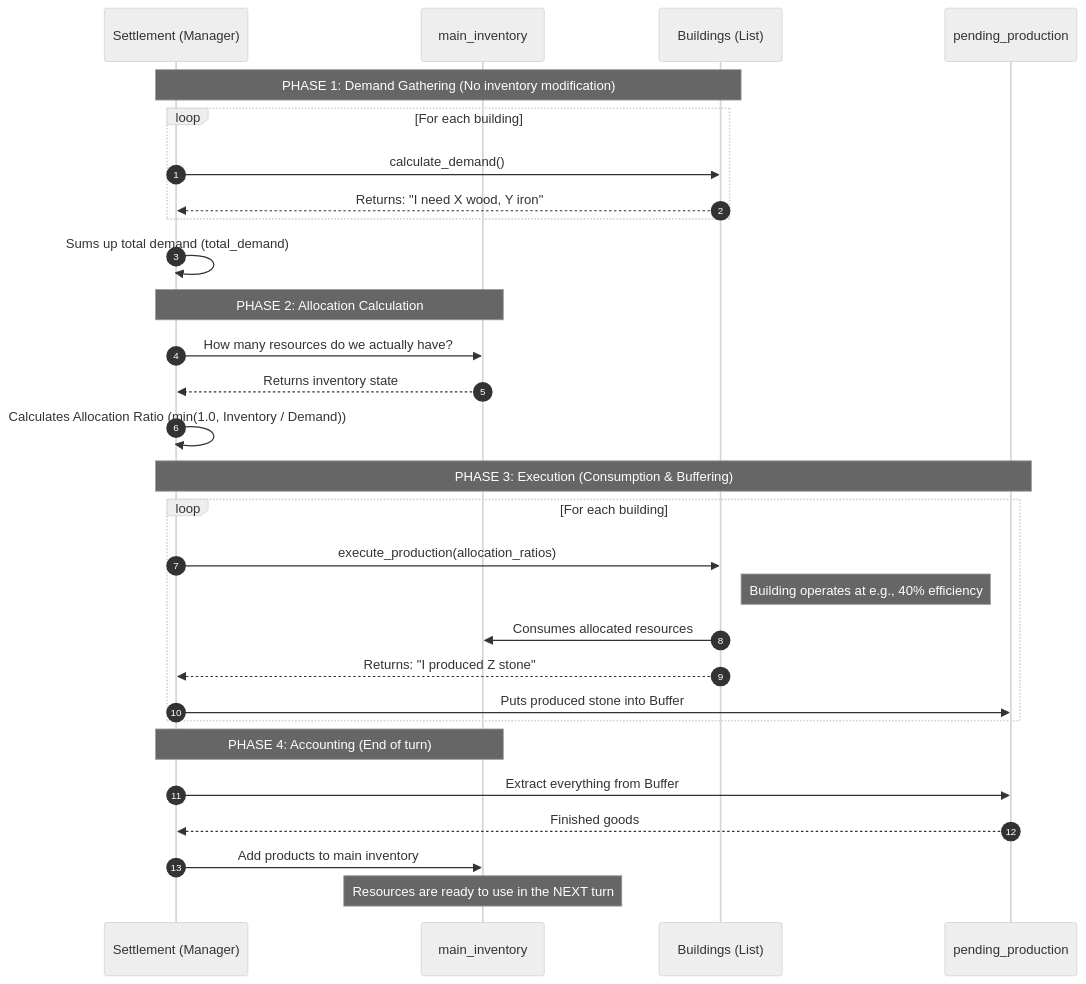
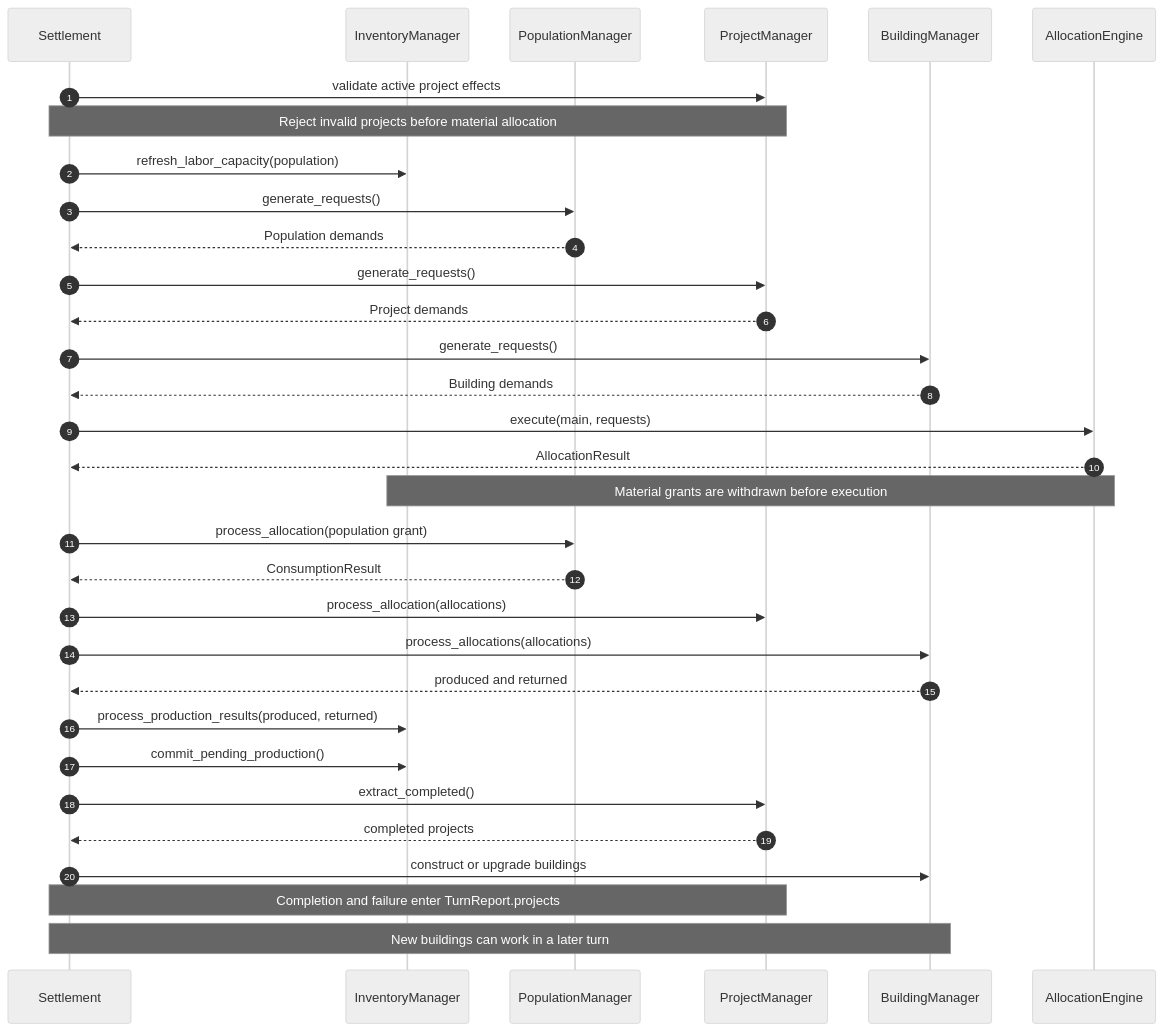
Before and after one commit to KMaksymilian/marl-grand-strategy-game: the second of 2 diagrams in docs/architecture/settlements.md, drawn with Mermaid (neutral theme). The commit also changed other lines of this file and 24 other files, not shown here.

````diff
--- a/docs/architecture/settlements.md
+++ b/docs/architecture/settlements.md
@@ -161,35 +86,34 @@
 ```mermaid
 sequenceDiagram
     autonumber
-    participant S as Settlement (Manager)
-    participant I as main_inventory
-    participant B as Buildings (List)
-    participant P as pending_production
-
-    Note over S, B: PHASE 1: Demand Gathering (No inventory modification)
-    loop For each building
-        S->>B: calculate_demand()
-        B-->>S: Returns: "I need X wood, Y iron"
-    end
-    S->>S: Sums up total demand (total_demand)
-
-    Note over S, I: PHASE 2: Allocation Calculation
-    S->>I: How many resources do we actually have?
-    I-->>S: Returns inventory state
-    S->>S: Calculates Allocation Ratio (min(1.0, Inventory / Demand))
-
-    Note over S, P: PHASE 3: Execution (Consumption & Buffering)
-    loop For each building
-        S->>B: execute_production(allocation_ratios)
-        Note right of B: Building operates at e.g., 40% efficiency
-        B->>I: Consumes allocated resources
-        B-->>S: Returns: "I produced Z stone"
-        S->>P: Puts produced stone into Buffer
-    end
-
-    Note over S, I: PHASE 4: Accounting (End of turn)
-    S->>P: Extract everything from Buffer
-    P-->>S: Finished goods
-    S->>I: Add products to main inventory
-    Note over I: Resources are ready to use in the NEXT turn
+    participant S as Settlement
+    participant I as InventoryManager
+    participant P as PopulationManager
+    participant Q as ProjectManager
+    participant B as BuildingManager
+    participant A as AllocationEngine
+    S->>Q: validate active project effects
+    Note over S,Q: Reject invalid projects before material allocation
+    S->>I: refresh_labor_capacity(population)
+    S->>P: generate_requests()
+    P-->>S: Population demands
+    S->>Q: generate_requests()
+    Q-->>S: Project demands
+    S->>B: generate_requests()
+    B-->>S: Building demands
+    S->>A: execute(main, requests)
+    A-->>S: AllocationResult
+    Note over A,I: Material grants are withdrawn before execution
+    S->>P: process_allocation(population grant)
+    P-->>S: ConsumptionResult
+    S->>Q: process_allocation(allocations)
+    S->>B: process_allocations(allocations)
+    B-->>S: produced and returned
+    S->>I: process_production_results(produced, returned)
+    S->>I: commit_pending_production()
+    S->>Q: extract_completed()
+    Q-->>S: completed projects
+    S->>B: construct or upgrade buildings
+    Note over S,Q: Completion and failure enter TurnReport.projects
+    Note over S,B: New buildings can work in a later turn
 ```
````
